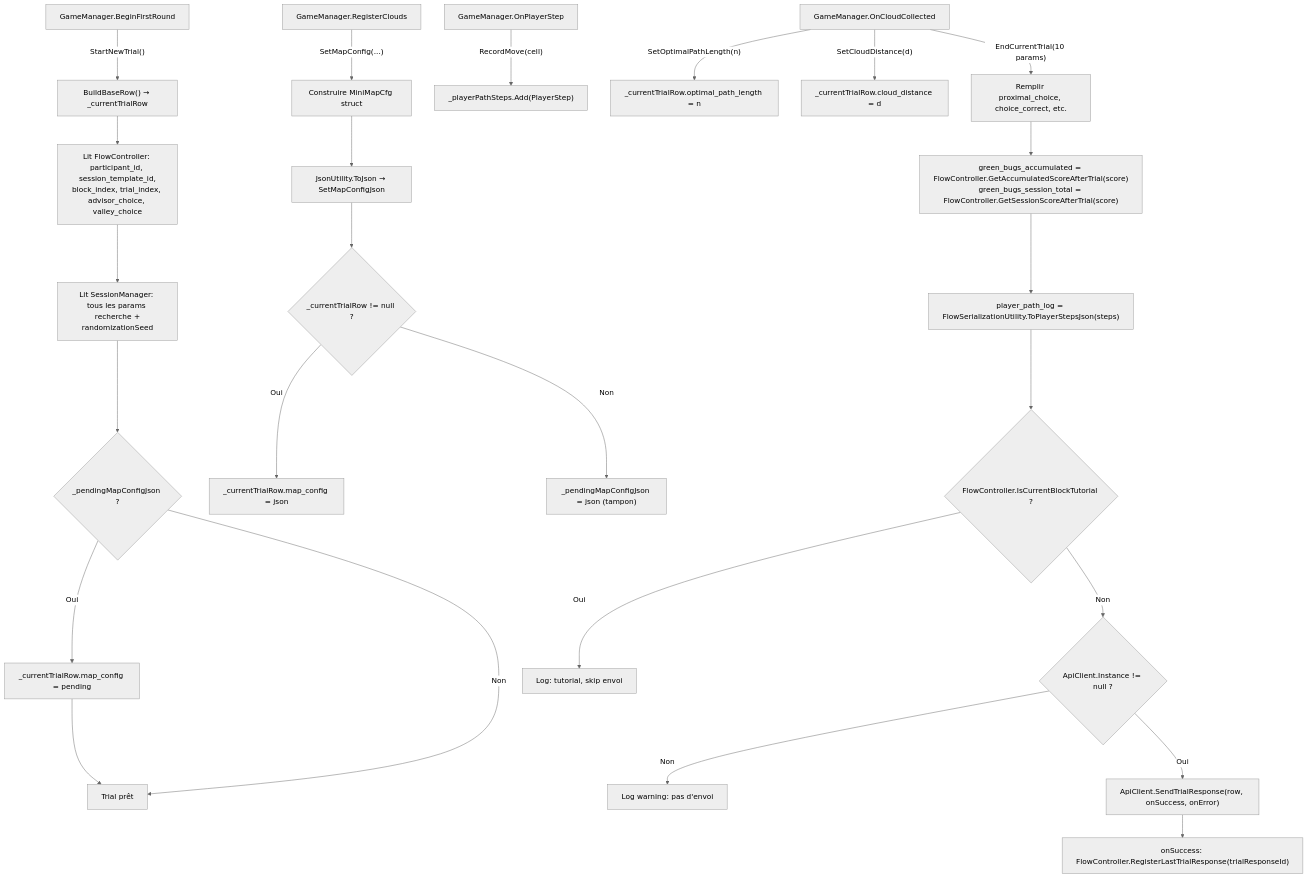
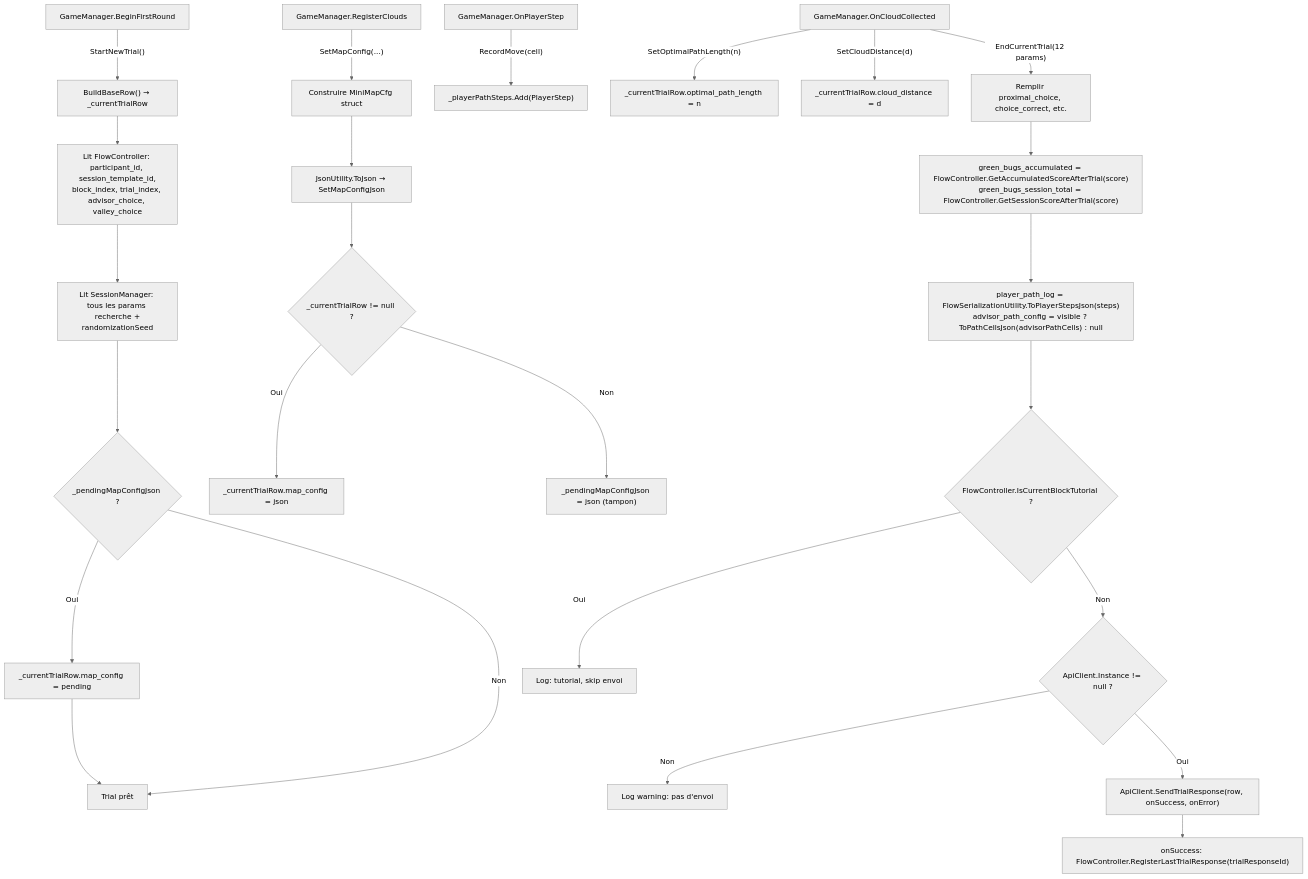
Before and after one commit to PierreChagnon/BUGS: diagram 15 of 28 in Docs/TDD.md, drawn with Mermaid (neutral theme). The commit also changed other lines of this file and 8 other files, not shown here.

Commit message:
feat: add advisor_path_config to trial responses and csv export

````diff
--- a/Docs/TDD.md
+++ b/Docs/TDD.md
@@ -1762,30 +1762,30 @@
 ```mermaid
 graph TD
     C["GameManager.BeginFirstRound"] -->|"StartNewTrial()"| D["BuildBaseRow() → _currentTrialRow"]
     D --> D1["Lit FlowController: participant_id, session_template_id,<br/>block_index, trial_index, advisor_choice, valley_choice"]
     D1 --> D2["Lit SessionManager: tous les params recherche +<br/>randomizationSeed"]
     D2 --> E{_pendingMapConfigJson ?}
     E -->|Oui| F["_currentTrialRow.map_config = pending"]
     E -->|Non| G[Trial prêt]
     F --> G
 
     H["GameManager.RegisterClouds"] -->|"SetMapConfig(...)"| H1["Construire MiniMapCfg struct"]
     H1 --> H2["JsonUtility.ToJson → SetMapConfigJson"]
     H2 --> I{_currentTrialRow != null ?}
     I -->|Oui| J["_currentTrialRow.map_config = json"]
     I -->|Non| K["_pendingMapConfigJson = json (tampon)"]
 
     L["GameManager.OnPlayerStep"] -->|"RecordMove(cell)"| M["_playerPathSteps.Add(PlayerStep)"]
 
     N["GameManager.OnCloudCollected"] -->|"SetOptimalPathLength(n)"| O["_currentTrialRow.optimal_path_length = n"]
     N -->|"SetCloudDistance(d)"| O2["_currentTrialRow.cloud_distance = d"]
-    N -->|"EndCurrentTrial(10 params)"| P["Remplir proximal_choice, choice_correct, etc."]
+    N -->|"EndCurrentTrial(12 params)"| P["Remplir proximal_choice, choice_correct, etc."]
     P --> P1["green_bugs_accumulated = FlowController.GetAccumulatedScoreAfterTrial(score)<br/>green_bugs_session_total = FlowController.GetSessionScoreAfterTrial(score)"]
-    P1 --> P2["player_path_log = FlowSerializationUtility.ToPlayerStepsJson(steps)"]
+    P1 --> P2["player_path_log = FlowSerializationUtility.ToPlayerStepsJson(steps)<br/>advisor_path_config = visible ? ToPathCellsJson(advisorPathCells) : null"]
     P2 --> P3{"FlowController.IsCurrentBlockTutorial ?"}
     P3 -->|Oui| P4["Log: tutorial, skip envoi"]
     P3 -->|Non| P5{"ApiClient.Instance != null ?"}
     P5 -->|Non| P6["Log warning: pas d'envoi"]
     P5 -->|Oui| T["ApiClient.SendTrialResponse(row, onSuccess, onError)"]
     T --> T1["onSuccess: FlowController.RegisterLastTrialResponse(trialResponseId)"]
 ```
````
